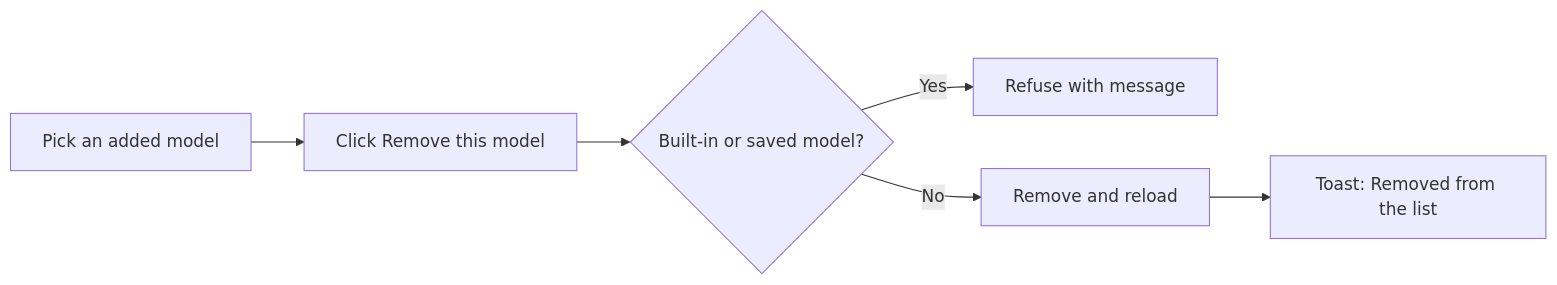
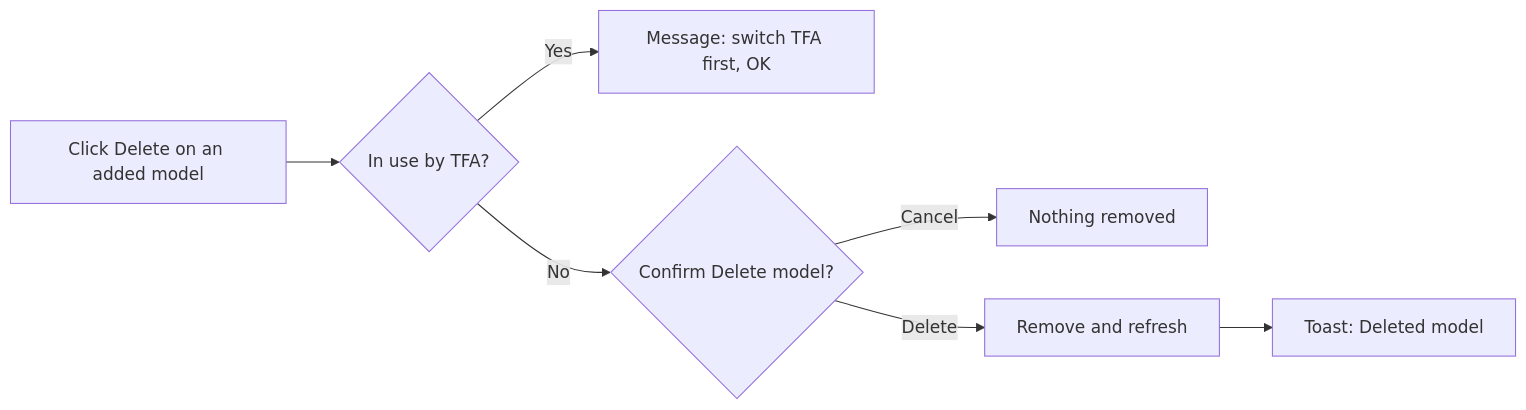
One commit to jojogeorge3344/TaskFlow-Project changed the fourth of 5 diagrams in TF - Documents/TFWorkflow/App WF in MD/08-Settings/08.4-TFA-Settings.md. Above: the diagram before and after it, drawn with Mermaid. The commit also changed other lines of this file and 103 other files, not shown here.

First line of the commit message:
feat(tfa): add AI model page, model ID check, read-only model list and edit

````diff
--- a/TF - Documents/TFWorkflow/App WF in MD/08-Settings/08.4-TFA-Settings.md
+++ b/TF - Documents/TFWorkflow/App WF in MD/08-Settings/08.4-TFA-Settings.md
@@ -115,7 +171,8 @@
 ```mermaid
 flowchart LR
-  A["Pick an added model"] --> B["Click Remove this model"]
-  B --> C{"Built-in or saved model?"}
-  C -- Yes --> D["Refuse with message"]
-  C -- No --> E["Remove and reload"] --> F["Toast: Removed from the list"]
+  A["Click Delete on an added model"] --> B{"In use by TFA?"}
+  B -- Yes --> C["Message: switch TFA first, OK"]
+  B -- No --> D{"Confirm Delete model?"}
+  D -- Cancel --> E["Nothing removed"]
+  D -- Delete --> F["Remove and refresh"] --> G["Toast: Deleted model"]
 ```
````
